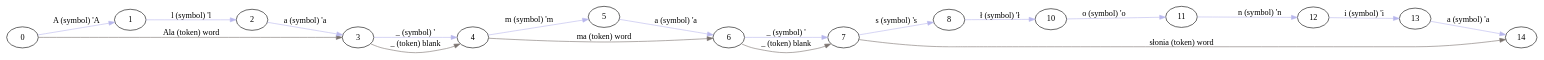
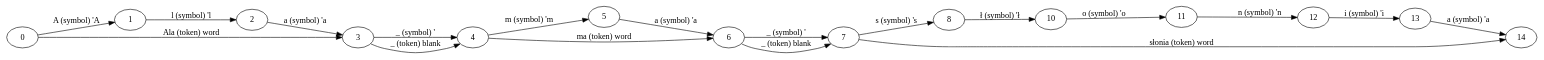
The diagram in formats/dot/m/filter/pl_sample_simple.out.dot (manicki/psi-toolkit), drawn with Graphviz before and after one commit. The commit also changed 30 other files, not shown here.

```diff
--- a/formats/dot/m/filter/pl_sample_simple.out.dot
+++ b/formats/dot/m/filter/pl_sample_simple.out.dot
@@ -1,21 +1,21 @@
 digraph G {
 rankdir=LR
-0 -> 1 [label="A (symbol) 'A",color="#b8b7ec"]
-1 -> 2 [label="l (symbol) 'l",color="#b8b7ec"]
-2 -> 3 [label="a (symbol) 'a",color="#b8b7ec"]
-0 -> 3 [label="Ala (token) word",color="#7a726e"]
-3 -> 4 [label="_ (symbol) ' ",color="#b8b7ec"]
-3 -> 4 [label="_ (token) blank",color="#7a726e"]
-4 -> 5 [label="m (symbol) 'm",color="#b8b7ec"]
-5 -> 6 [label="a (symbol) 'a",color="#b8b7ec"]
-4 -> 6 [label="ma (token) word",color="#7a726e"]
-6 -> 7 [label="_ (symbol) ' ",color="#b8b7ec"]
-6 -> 7 [label="_ (token) blank",color="#7a726e"]
-7 -> 8 [label="s (symbol) 's",color="#b8b7ec"]
-8 -> 10 [label="ł (symbol) 'ł",color="#b8b7ec"]
-10 -> 11 [label="o (symbol) 'o",color="#b8b7ec"]
-11 -> 12 [label="n (symbol) 'n",color="#b8b7ec"]
-12 -> 13 [label="i (symbol) 'i",color="#b8b7ec"]
-13 -> 14 [label="a (symbol) 'a",color="#b8b7ec"]
-7 -> 14 [label="słonia (token) word",color="#7a726e"]
+0 -> 1 [label="A (symbol) 'A"]
+1 -> 2 [label="l (symbol) 'l"]
+2 -> 3 [label="a (symbol) 'a"]
+0 -> 3 [label="Ala (token) word"]
+3 -> 4 [label="_ (symbol) ' "]
+3 -> 4 [label="_ (token) blank"]
+4 -> 5 [label="m (symbol) 'm"]
+5 -> 6 [label="a (symbol) 'a"]
+4 -> 6 [label="ma (token) word"]
+6 -> 7 [label="_ (symbol) ' "]
+6 -> 7 [label="_ (token) blank"]
+7 -> 8 [label="s (symbol) 's"]
+8 -> 10 [label="ł (symbol) 'ł"]
+10 -> 11 [label="o (symbol) 'o"]
+11 -> 12 [label="n (symbol) 'n"]
+12 -> 13 [label="i (symbol) 'i"]
+13 -> 14 [label="a (symbol) 'a"]
+7 -> 14 [label="słonia (token) word"]
 }
```
